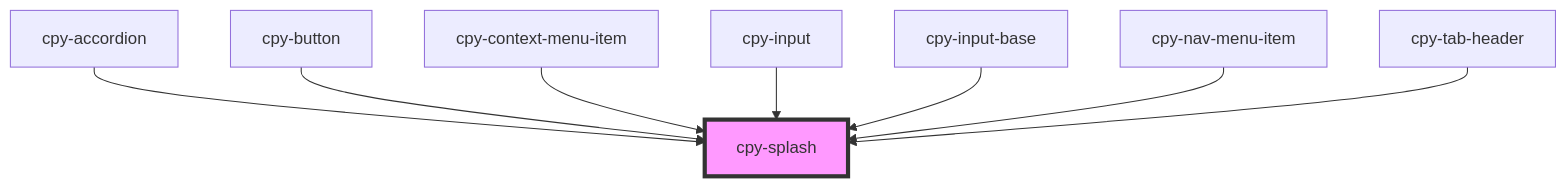
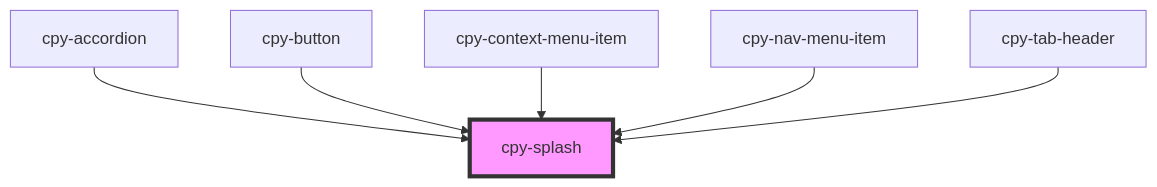
Before and after one commit to Lith1um/Canopy-Stencil: the diagram in stencil-lib/src/components/splash/readme.md, drawn with Mermaid. The commit also changed other lines of this file and 8 other files, not shown here.

````diff
--- a/stencil-lib/src/components/splash/readme.md
+++ b/stencil-lib/src/components/splash/readme.md
@@ -28,11 +26,9 @@
 ```mermaid
 graph TD;
   cpy-accordion --> cpy-splash
   cpy-button --> cpy-splash
   cpy-context-menu-item --> cpy-splash
-  cpy-input --> cpy-splash
-  cpy-input-base --> cpy-splash
   cpy-nav-menu-item --> cpy-splash
   cpy-tab-header --> cpy-splash
   style cpy-splash fill:#f9f,stroke:#333,stroke-width:4px
 ```
````
